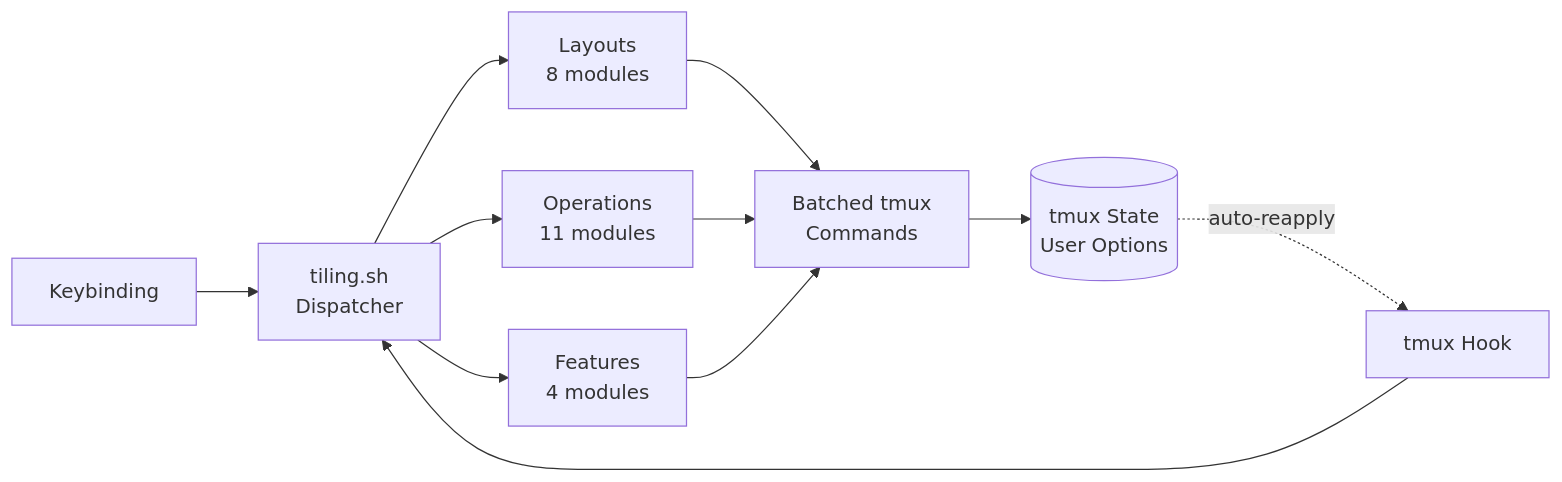
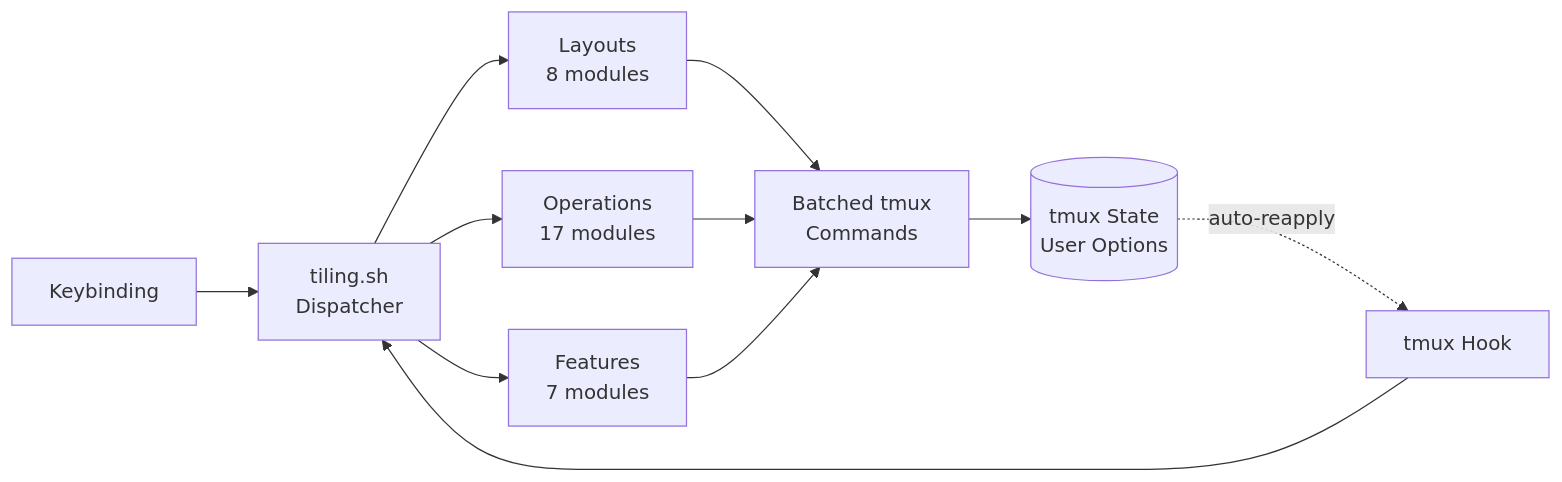
One commit to gufranco/tmux-tiling-revamped changed the diagram in README.md. Above: the diagram before and after it, drawn with Mermaid. The commit also changed other lines of this file, not shown here.

````diff
--- a/README.md
+++ b/README.md
@@ -97,13 +99,13 @@
 ```mermaid
 graph LR
     K[Keybinding] --> D[tiling.sh<br>Dispatcher]
     H[tmux Hook] --> D
     D --> L[Layouts<br>8 modules]
-    D --> O[Operations<br>11 modules]
-    D --> F[Features<br>4 modules]
+    D --> O[Operations<br>17 modules]
+    D --> F[Features<br>7 modules]
     L --> T[Batched tmux<br>Commands]
     O --> T
     F --> T
     T --> S[(tmux State<br>User Options)]
     S -.->|auto-reapply| H
 ```
````
